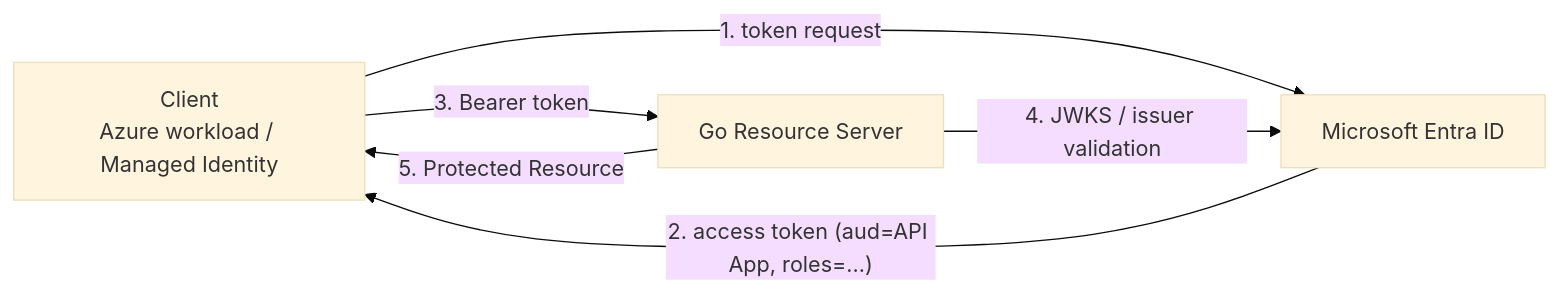
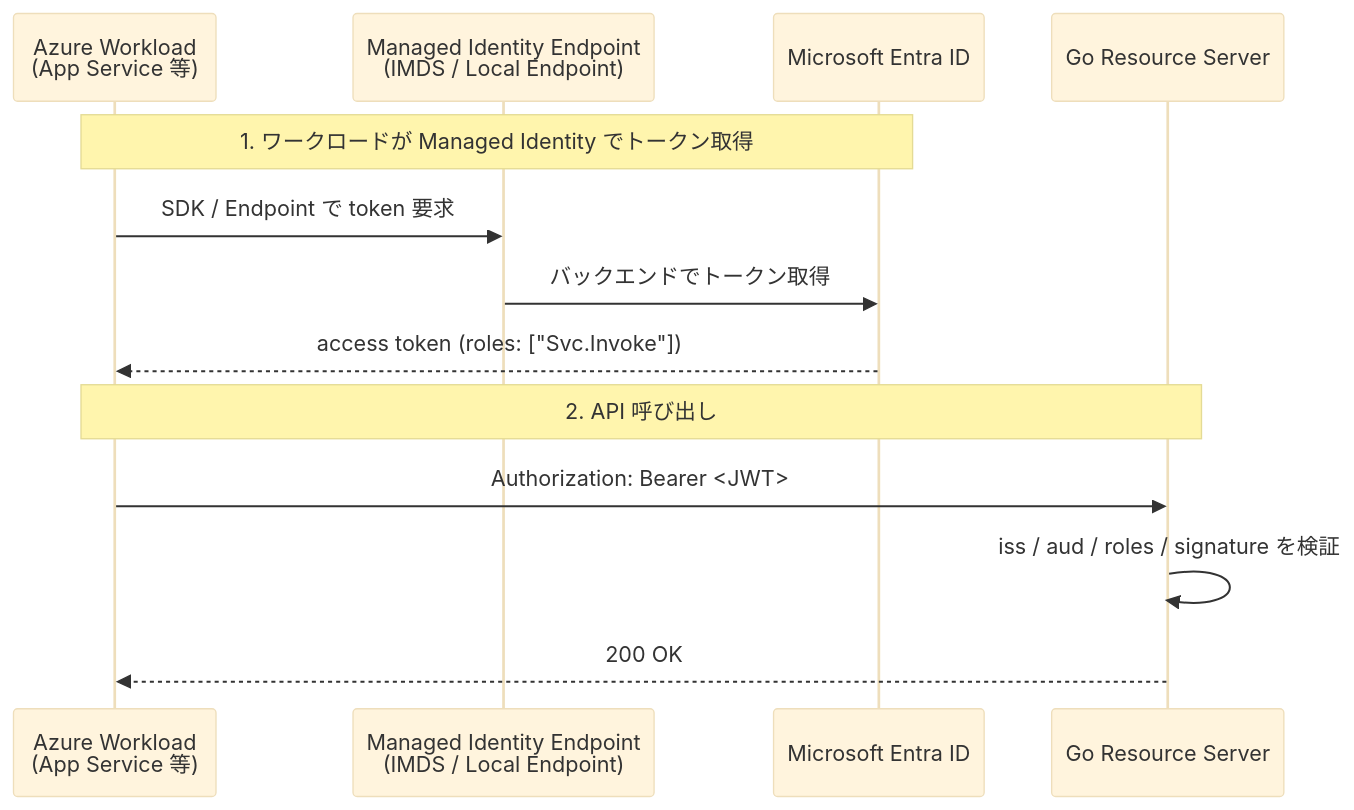
One commit to sokoide/workshop changed the first of 2 diagrams in infra/oauth2_entra_ja.md. Above: the diagram before and after it, drawn with Mermaid (base theme). The commit also changed other lines of this file and 3 other files, not shown here.

````diff
--- a/infra/oauth2_entra_ja.md
+++ b/infra/oauth2_entra_ja.md
@@ -79,8 +46,17 @@
 ```mermaid
-graph LR
-    CL["Client<br>Azure workload / Managed Identity"] -->|1. token request| AS["Microsoft Entra ID"]
-    AS -->|"2. access token (aud=API App, roles=...)"| CL
-    CL -->|3. Bearer token| RS["Go Resource Server"]
-    RS -->|4. JWKS / issuer validation| AS
-    RS -->|5. Protected Resource| CL
+sequenceDiagram
+    participant Workload as Azure Workload<br/>(App Service 等)
+    participant MI as Managed Identity Endpoint<br/>(IMDS / Local Endpoint)
+    participant Entra as Microsoft Entra ID
+    participant API as Go Resource Server
+
+    Note over Workload, Entra: 1. ワークロードが Managed Identity でトークン取得
+    Workload->>MI: SDK / Endpoint で token 要求
+    MI->>Entra: バックエンドでトークン取得
+    Entra-->>Workload: access token (roles: ["Svc.Invoke"])
+
+    Note over Workload, API: 2. API 呼び出し
+    Workload->>API: Authorization: Bearer <JWT>
+    API->>API: iss / aud / roles / signature を検証
+    API-->>Workload: 200 OK
 ```
````
